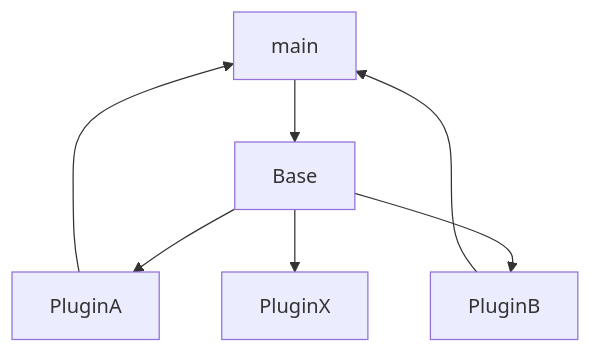
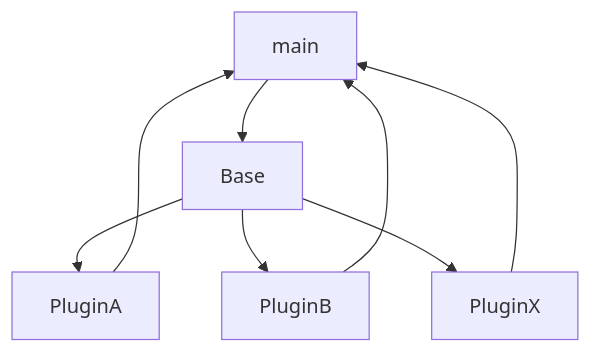
The diagram in README.md (slevon/pluginMocUp), drawn with Mermaid before and after one commit.

````diff
--- a/README.md
+++ b/README.md
@@ -10,9 +10,10 @@
 ```mermaid
 graph TD;
     main-->Base;
     Base-->PluginA;
     Base-->PluginB;
     Base-->PluginX;
     PluginA-->main;
     PluginB-->main;
+    PluginX-->main; 
 ```
````
